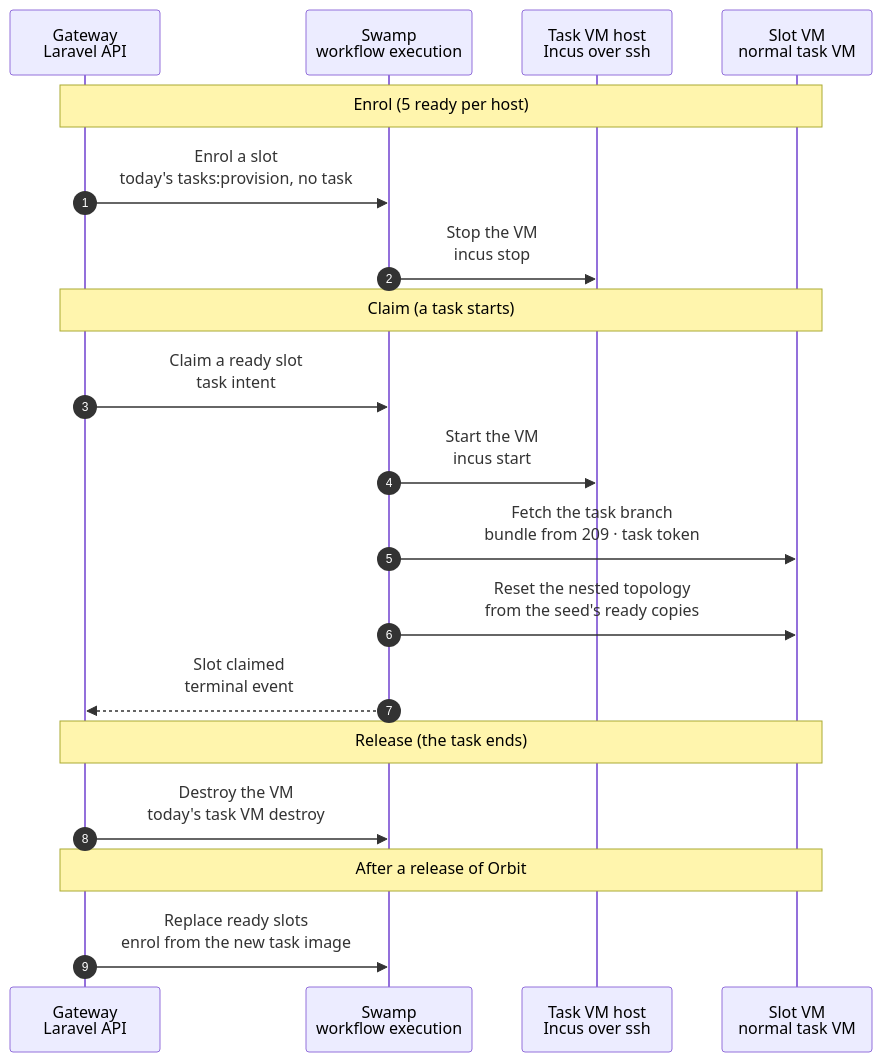
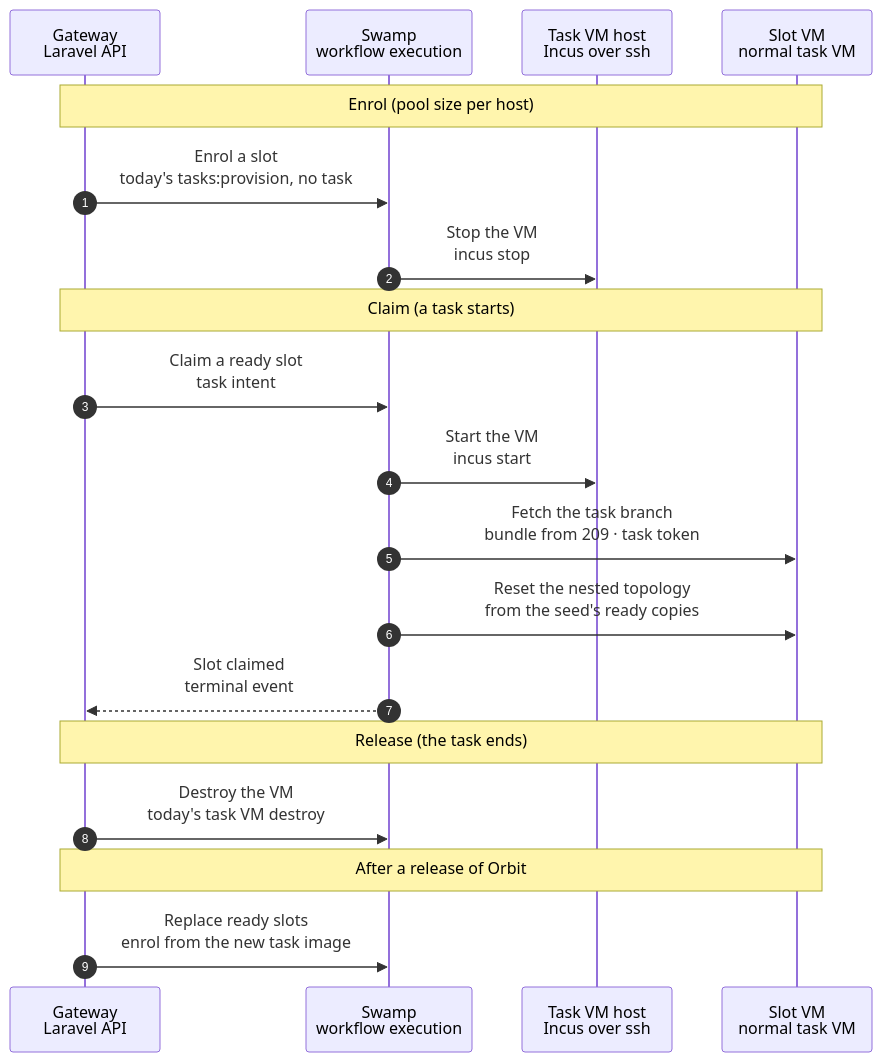
Before and after one commit to hardimpactdev/orbit: the diagram in docs/cli/tasks/vm-slots.mmd, drawn with Mermaid. The commit also changed 2 other files, not shown here.

Commit message:
fix(task-vms): enrol into idle capacity, so a busy host still refills

```diff
--- a/docs/cli/tasks/vm-slots.mmd
+++ b/docs/cli/tasks/vm-slots.mmd
@@ -1,71 +1,71 @@
 sequenceDiagram
   %% Target design: simple task VM slots (2026-11-05 redesign). A slot is a normal task VM, enrolled ahead of time by today's tasks:provision and kept stopped. Claim = start a ready one. Release = destroy it. The pool refills by enrolling a new one. No snapshots, no identity volume, no baked slot units, no new state machine.
   %% status: draft
   %% command: none · task VM slots (enrol, claim, release, refill)
   %% kind: task_vm.slots
   autonumber
   %% lane GW icon=gateway pill=intent tone=blue
   %% lane SW icon=workflow pill=executes tone=green
   %% lane H icon=server pill=target tone=amber
   %% lane VM icon=server pill=target tone=purple
   participant GW as Gateway<br/>Laravel API
   participant SW as Swamp<br/>workflow execution
   participant H as Task VM host<br/>Incus over ssh
   participant VM as Slot VM<br/>normal task VM
-  Note over GW,VM: Enrol (5 ready per host)
+  Note over GW,VM: Enrol (pool size per host)
   %%> Decided by the orchestrator, for Nick's review (2026-11-06):
   %%> - a host keeps slots only when its task VM settings name them: `task_vms.slots` = `{count, project_id, size}`, for example `{"count": 5, "project_id": 46, "size": "large"}`; without it, the host has no pool and every provision clones, as today
   %%> - a slot serves one Project and one size: the enrol converge exports that Project's checkout path to the nested network, and the claim needs that size
   %%> - the checkout path is fixed per Project on a task VM (`<apps root>/<project slug>/workspace`, as `tasks:provision` computes it today), so the enrol export and the claim's workspace name the same folder
   %%> - a slot is a task VM row with no group and with `slot_project_id` set
   %%> - a stopped slot that no group holds takes no capacity (`max_vms`), because it holds disk, not memory; an enrolling slot runs, so it takes capacity
   %%> - the pool counts the slots that are ready or enrolling
   %%> Decided by the orchestrator, for Nick's review (2026-11-06), pool size:
   %%> - a stopped slot holds disk (a ZFS clone), not memory, so it takes no capacity, and stopped slots never block a claim or a clone
   %%> - a pool holds at most as many slots as the host can run at once: `max_vms` ÷ the units of the slot size (beast 6 ÷ 3 = 2 large, shark 12 ÷ 3 = 4); a larger `count` is cut to that
-  %%> - an enrol runs a VM, so it starts only when the host keeps room for one more VM of the slot size beside it; live tasks, the stage 6 refresh and proof runs keep their capacity
+  %%> - an enrol runs a VM for a few minutes, so it starts only in capacity that no task, refresh or proof uses, one at a time; a provision that arrives meanwhile waits for capacity as for any VM, at most one enrol long
   GW->>SW: Enrol a slot<br/>today's tasks:provision, no task
-  %%> Exactly today's path: clone the current task image, boot, enrol (keys, WireGuard, observer), model key, Pi. Runs in the background whenever the pool is below 5.
+  %%> Exactly today's path: clone the current task image, boot, enrol (keys, WireGuard, observer), model key, Pi. Runs in the background whenever the pool is below its size.
   %%> Decided by the orchestrator, for Nick's review (2026-11-06):
   %%> - kind `task_vm.slot_enrol`, workflow `operation-task-vm-slot-enrol`: the VM child of tasks:provision, which also attaches a clone of the host's topology seed, then "Converge once" (task VM role phases: nested Incus with the seed pool, the NFS export of the checkout path)
   %%> - no workspace, nested fleet, Route or Processes: the claim makes them for the task
   %%> - the slot gets its own Pi token and model key at enrol, as a task VM does today
   %%> - the Gateway records on the slot the digest of what a task image carries in the current release (playbooks, pins, lock files), which the converge applied
   SW->>H: Stop the VM<br/>incus stop
   %%> A stopped VM costs disk, not memory. The Gateway records it as a ready slot.
   %%> Decided by the orchestrator, for Nick's review (2026-11-06):
   %%> - the row becomes `parked` with no group, the state that a parked task VM has today; the host sweep leaves slot rows alone
   %%> - a failed enrol is destroyed at once with today's destroy; its Operation keeps the step output
   %%> - the refill of a host enrols again only when the host's last `task_vm.slot_enrol` Operation did not fail in the last 15 minutes; the Operation record is the only state
   Note over GW,VM: Claim (a task starts)
   GW->>SW: Claim a ready slot<br/>task intent
   %%> Decided by the orchestrator, for Nick's review (2026-11-06):
   %%> - `tasks:provision` admission takes the oldest ready slot whose Project and size are the group's and whose image is the host's last promoted image, on a host with capacity for it; a group with `current_recipe` takes only a slot of the current recipe
   %%> - the VM joins the group in the admission transaction; the run gets the receipt of the slot's enrol in place of the VM step's
   %%> - no ready slot: the same admission clones a new VM, exactly as today ("ready slot, else clone" of stage 2)
   %%> - the run is today's `operation-task-provision`: it starts the slot in place of creating a VM
   %%> - "Converge once" runs only when the current release's digest differs from the slot's, so a claim at the same pins skips it and a claim after a playbook change converges, as stage 2 does
   %%> - while the claim runs, the slot stays `parked` with its group; the park observer and the sweep wait for the group lock
   SW->>H: Start the VM<br/>incus start
   %%> Seconds: the VM is already enrolled.
   %%> Decided by the orchestrator, for Nick's review (2026-11-06): two pinned host steps, `incus start` and `incus wait … agent`, as in today's resume; the access of Node 209 is unchanged since the enrol, so no SSH converge runs
   SW->>VM: Fetch the task branch<br/>bundle from 209 · task token
   %%> Decided by the orchestrator, for Nick's review (2026-11-06): today's workspace child, unchanged: Node 209 clones with the task token and the VM imports the bundle, then the Project setup steps run. Another lane makes this step fast; the claim measures it on its own, and the claim is correct with or without that change.
   SW->>VM: Reset the nested topology<br/>from the seed's ready copies
   %%> Only for tasks that need the topology.
   %%> The seed clone was attached at enrol; it is the host's seed of the slot's image, because the stage 6 refresh promotes the image and its seed together and replaces older slots.
   SW-->>GW: Slot claimed<br/>terminal event
   %%> Decided by the orchestrator, for Nick's review: today's provision projection; the claimed VM is `ready` and belongs to the group, and the Gateway runs the refill rule.
   Note over GW,VM: Release (the task ends)
   GW->>SW: Destroy the VM<br/>today's task VM destroy
   %%> Exactly today's destroy. The Gateway then enrols a new slot to refill the pool.
   %%> Decided by the orchestrator, for Nick's review (2026-11-06): one refill rule per host, run after every enrol, claim, destroy, image promotion and settings change.
   %%> - it does nothing while a slot of the host enrols or is destroyed
   %%> - else it enrols one slot when the pool is below `count`
   %%> - else it destroys one stale slot
   Note over GW,VM: After a release of Orbit
   GW->>SW: Replace ready slots<br/>enrol from the new task image
   %%> Ready slots made from the old image are destroyed and enrolled again, one at a time, so a slot is always ready.
   %%> Decided by the orchestrator, for Nick's review (2026-11-06):
   %%> - a slot is stale when its image is not the host's last promoted image, or when it was enrolled more than 20 hours ago, the age at which ready copies of its seed expire; a stale slot is never claimed
   %%> - the refill rule destroys one stale slot, and the end of that destroy enrols its replacement
```
